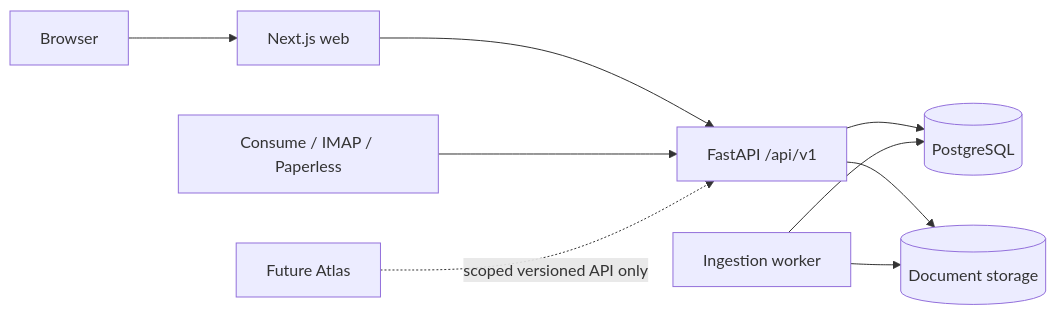
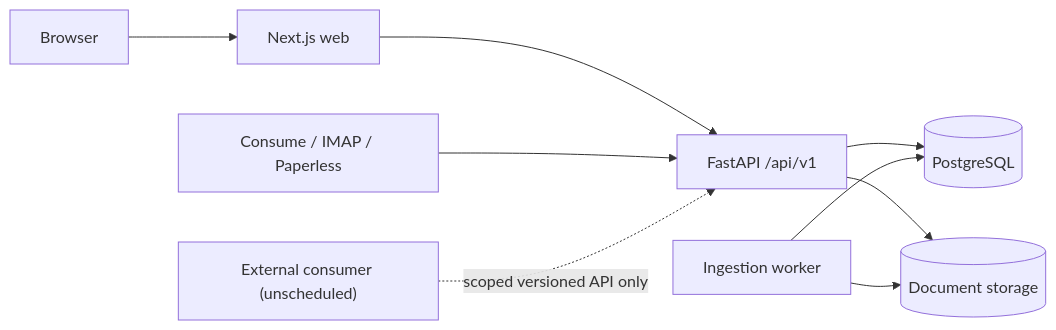
Before and after one commit to maxsmolka/private-document-intelligence: the first of 3 diagrams in docs/ARCHITECTURE.md, drawn with Mermaid. The commit also changed other lines of this file and 9 other files, not shown here.

````diff
--- a/docs/ARCHITECTURE.md
+++ b/docs/ARCHITECTURE.md
@@ -15,11 +17,11 @@
 ```mermaid
 flowchart LR
     U["Browser"] --> W["Next.js web"]
     W --> A["FastAPI /api/v1"]
     A --> P[("PostgreSQL")]
     A --> S[("Document storage")]
     Q["Ingestion worker"] --> P
     Q --> S
     C["Consume / IMAP / Paperless"] --> A
-    X["Future Atlas"] -. "scoped versioned API only" .-> A
+    X["External consumer (unscheduled)"] -. "scoped versioned API only" .-> A
 ```
````
